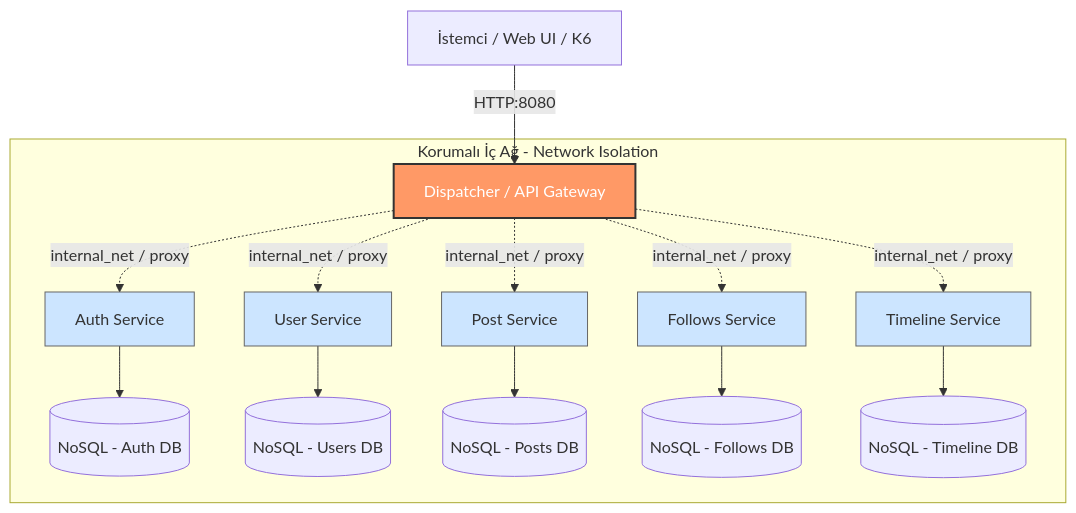
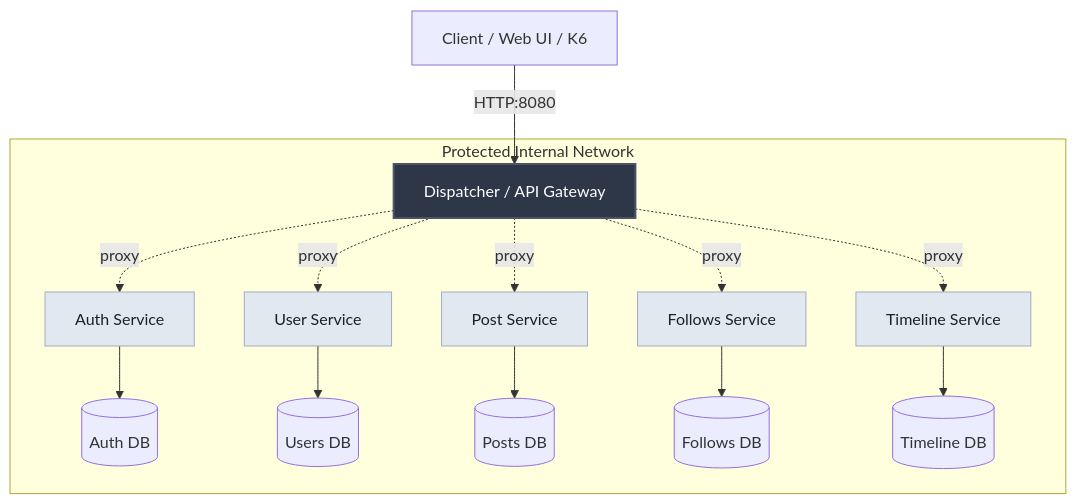
Before and after one commit to ibrahimkizilarslan/pulsenet-microservice: the diagram in README.md, drawn with Mermaid. The commit also changed other lines of this file, not shown here.

````diff
--- a/README.md
+++ b/README.md
@@ -99,25 +9,25 @@
 ```mermaid
 graph TD
-    Client[İstemci / Web UI / K6] -->|HTTP:8080| Gateway[Dispatcher / API Gateway]
+    Client[Client / Web UI / K6] -->|HTTP:8080| Gateway[Dispatcher / API Gateway]
     
-    subgraph Internal_Network [Korumalı İç Ağ - Network Isolation]
-        Gateway -.->|internal_net / proxy| Auth[Auth Service]
-        Gateway -.->|internal_net / proxy| Users[User Service]
-        Gateway -.->|internal_net / proxy| Posts[Post Service]
-        Gateway -.->|internal_net / proxy| Follows[Follows Service]
-        Gateway -.->|internal_net / proxy| Timeline[Timeline Service]
+    subgraph Internal_Network [Protected Internal Network]
+        Gateway -.->|proxy| Auth[Auth Service]
+        Gateway -.->|proxy| Users[User Service]
+        Gateway -.->|proxy| Posts[Post Service]
+        Gateway -.->|proxy| Follows[Follows Service]
+        Gateway -.->|proxy| Timeline[Timeline Service]
         
-        Auth --> DB_Auth[(NoSQL - Auth DB)]
-        Users --> DB_Users[(NoSQL - Users DB)]
-        Posts --> DB_Posts[(NoSQL - Posts DB)]
-        Follows --> DB_Follows[(NoSQL - Follows DB)]
-        Timeline --> DB_Timeline[(NoSQL - Timeline DB)]
+        Auth --> DB_Auth[(Auth DB)]
+        Users --> DB_Users[(Users DB)]
+        Posts --> DB_Posts[(Posts DB)]
+        Follows --> DB_Follows[(Follows DB)]
+        Timeline --> DB_Timeline[(Timeline DB)]
     end
 
-    style Gateway fill:#f96,stroke:#333,stroke-width:2px,color:#fff
-    style Auth fill:#cce5ff,stroke:#666
-    style Users fill:#cce5ff,stroke:#666
-    style Posts fill:#cce5ff,stroke:#666
-    style Follows fill:#cce5ff,stroke:#666
-    style Timeline fill:#cce5ff,stroke:#666
+    style Gateway fill:#2d3748,stroke:#4a5568,stroke-width:2px,color:#fff
+    style Auth fill:#e2e8f0,stroke:#a0aec0,color:#1a202c
+    style Users fill:#e2e8f0,stroke:#a0aec0,color:#1a202c
+    style Posts fill:#e2e8f0,stroke:#a0aec0,color:#1a202c
+    style Follows fill:#e2e8f0,stroke:#a0aec0,color:#1a202c
+    style Timeline fill:#e2e8f0,stroke:#a0aec0,color:#1a202c
 ```
````
